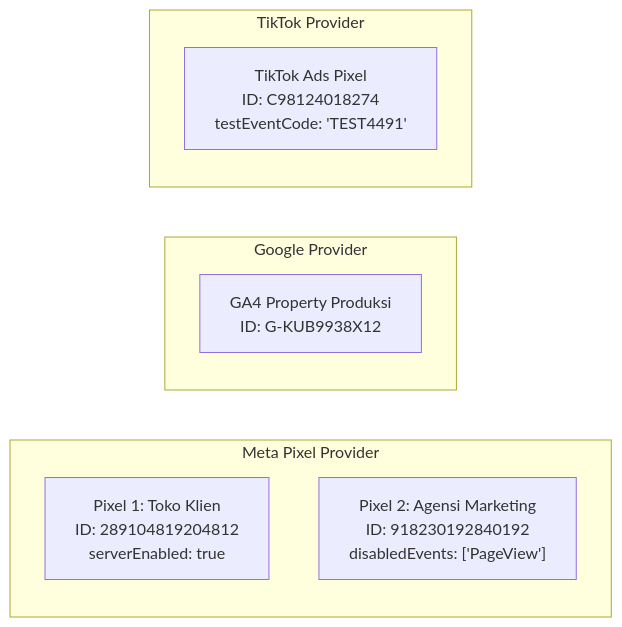
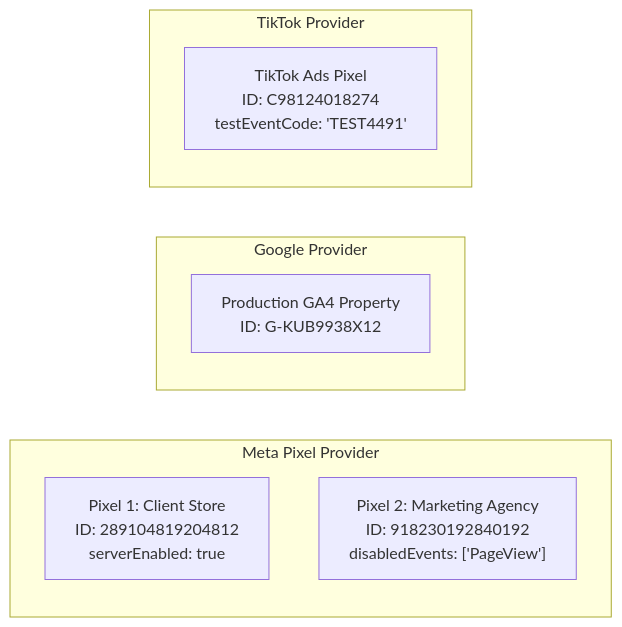
Before and after one commit to kustora/kubuild: the second of 3 diagrams in apps/docs/content/docs/guides/tracking-pixels.mdx, drawn with Mermaid. The commit also changed other lines of this file and 43 other files, not shown here.

````diff
--- a/apps/docs/content/docs/guides/tracking-pixels.mdx
+++ b/apps/docs/content/docs/guides/tracking-pixels.mdx
@@ -579,15 +579,15 @@
 ```mermaid
 flowchart LR
     subgraph MetaPixels["Meta Pixel Provider"]
-        P1["Pixel 1: Toko Klien<br/>ID: 289104819204812<br/>serverEnabled: true"]
-        P2["Pixel 2: Agensi Marketing<br/>ID: 918230192840192<br/>disabledEvents: ['PageView']"]
+        P1["Pixel 1: Client Store<br/>ID: 289104819204812<br/>serverEnabled: true"]
+        P2["Pixel 2: Marketing Agency<br/>ID: 918230192840192<br/>disabledEvents: ['PageView']"]
     end
     
     subgraph GA4Pixels["Google Provider"]
-        G1["GA4 Property Produksi<br/>ID: G-KUB9938X12"]
+        G1["Production GA4 Property<br/>ID: G-KUB9938X12"]
     end
     
     subgraph TikTokPixels["TikTok Provider"]
         T1["TikTok Ads Pixel<br/>ID: C98124018274<br/>testEventCode: 'TEST4491'"]
     end
 ```
````
